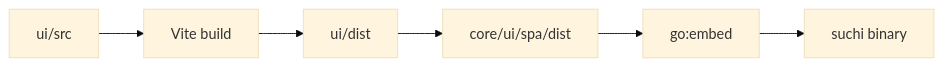
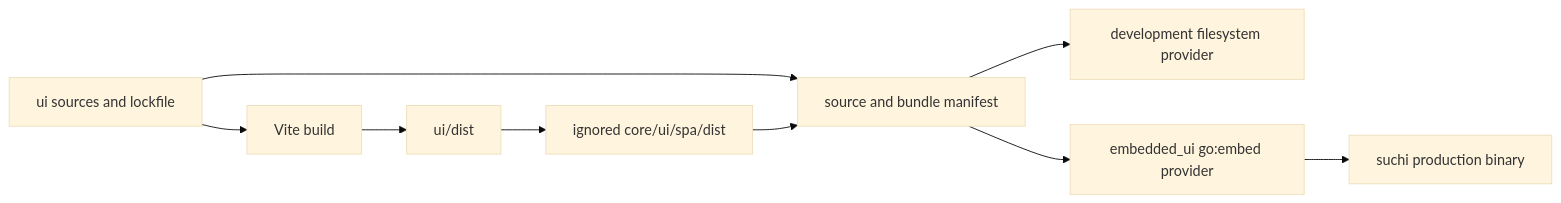
One commit to johnnybravo-xyz/suchi changed the diagram in docs/spa-architecture.mdx. Above: the diagram before and after it, drawn with Mermaid (base theme). The commit also changed other lines of this file and 68 other files, not shown here.

First line of the commit message:
build(ui): generate embedded assets during builds

````diff
--- a/docs/spa-architecture.mdx
+++ b/docs/spa-architecture.mdx
@@ -33,8 +33,11 @@
 ```mermaid
 flowchart LR
-  S[ui/src] --> V[Vite build]
+  S[ui sources and lockfile] --> V[Vite build]
   V --> U[ui/dist]
-  U --> E[core/ui/spa/dist]
-  E --> G[go:embed]
-  G --> B[suchi binary]
+  U --> E[ignored core/ui/spa/dist]
+  S --> M[source and bundle manifest]
+  E --> M
+  M --> D[development filesystem provider]
+  M --> G[embedded_ui go:embed provider]
+  G --> B[suchi production binary]
 ```
````
